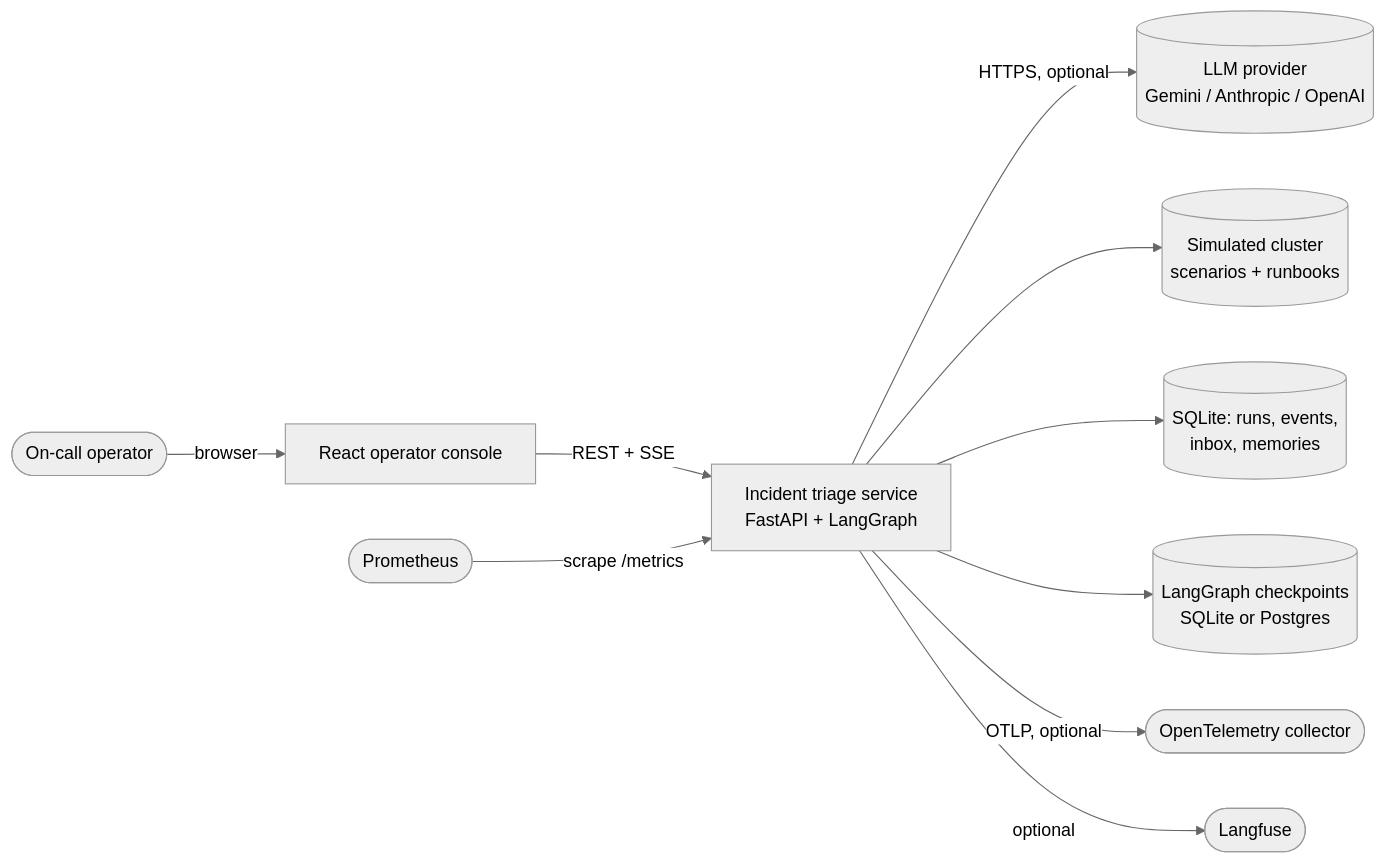
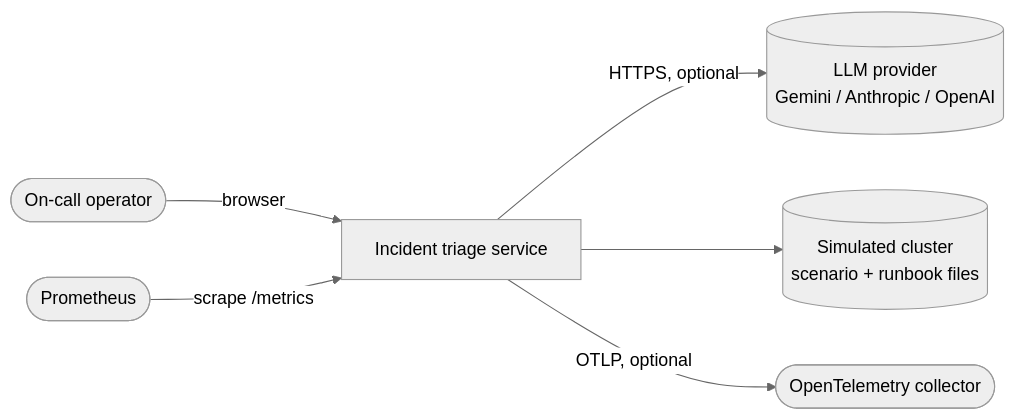
One commit to Zulfiqar7862/incident-triage-agent changed the first of 4 diagrams in docs/HLD.md. Above: the diagram before and after it, drawn with Mermaid (neutral theme). The commit also changed other lines of this file and 17 other files, not shown here.

````diff
--- a/docs/HLD.md
+++ b/docs/HLD.md
@@ -33,12 +83,8 @@
 ```mermaid
 flowchart LR
-  Operator([On-call operator]) -->|browser| Console[React operator console]
-  Console -->|REST + SSE| Service[Incident triage service<br/>FastAPI + LangGraph]
-  Service -->|HTTPS, optional| LLM[(LLM provider<br/>Gemini / Anthropic / OpenAI)]
-  Service --> Sim[(Simulated cluster<br/>scenarios + runbooks)]
-  Service --> DB[(SQLite: runs, events,<br/>inbox, memories)]
-  Service --> CP[(LangGraph checkpoints<br/>SQLite or Postgres)]
-  Prom([Prometheus]) -->|scrape /metrics| Service
-  Service -->|OTLP, optional| OTel([OpenTelemetry collector])
-  Service -->|optional| LF([Langfuse])
+  Operator([On-call operator]) -->|browser| System[Incident triage service]
+  System -->|HTTPS, optional| LLM[(LLM provider<br/>Gemini / Anthropic / OpenAI)]
+  System --> Sim[(Simulated cluster<br/>scenario + runbook files)]
+  Prom([Prometheus]) -->|scrape /metrics| System
+  System -->|OTLP, optional| OTel([OpenTelemetry collector])
 ```
````
